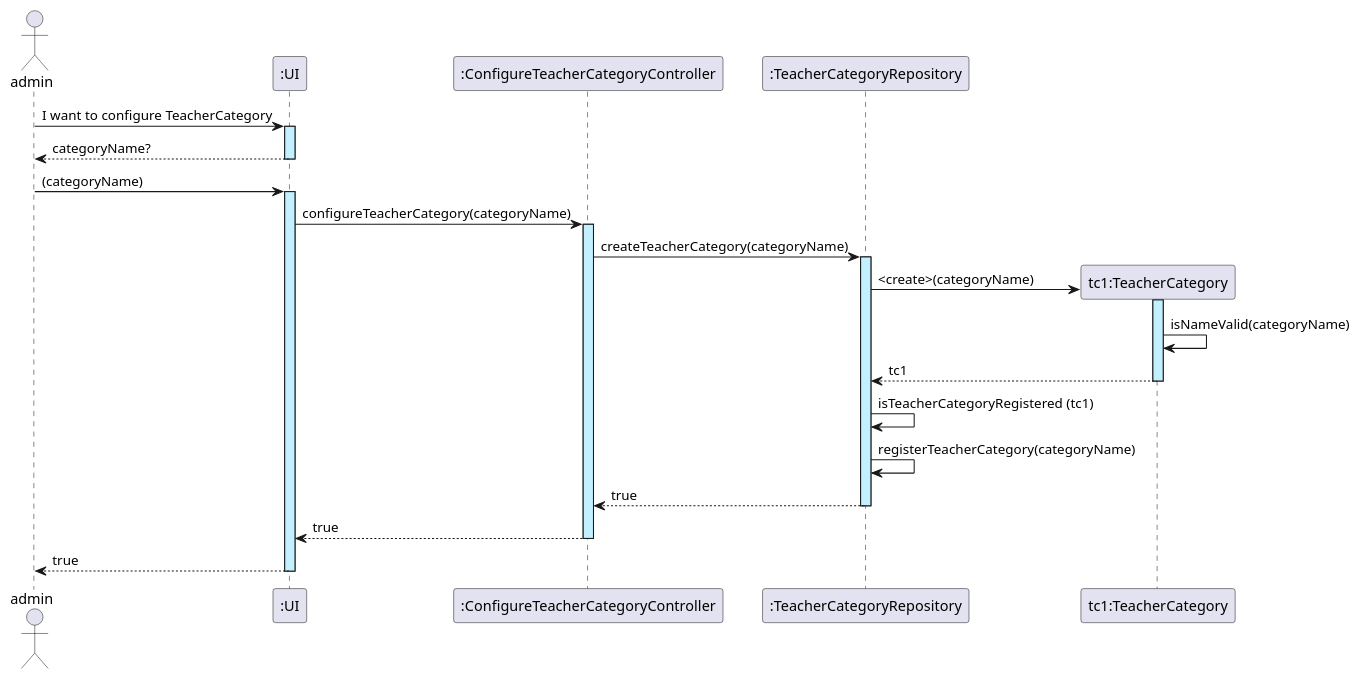
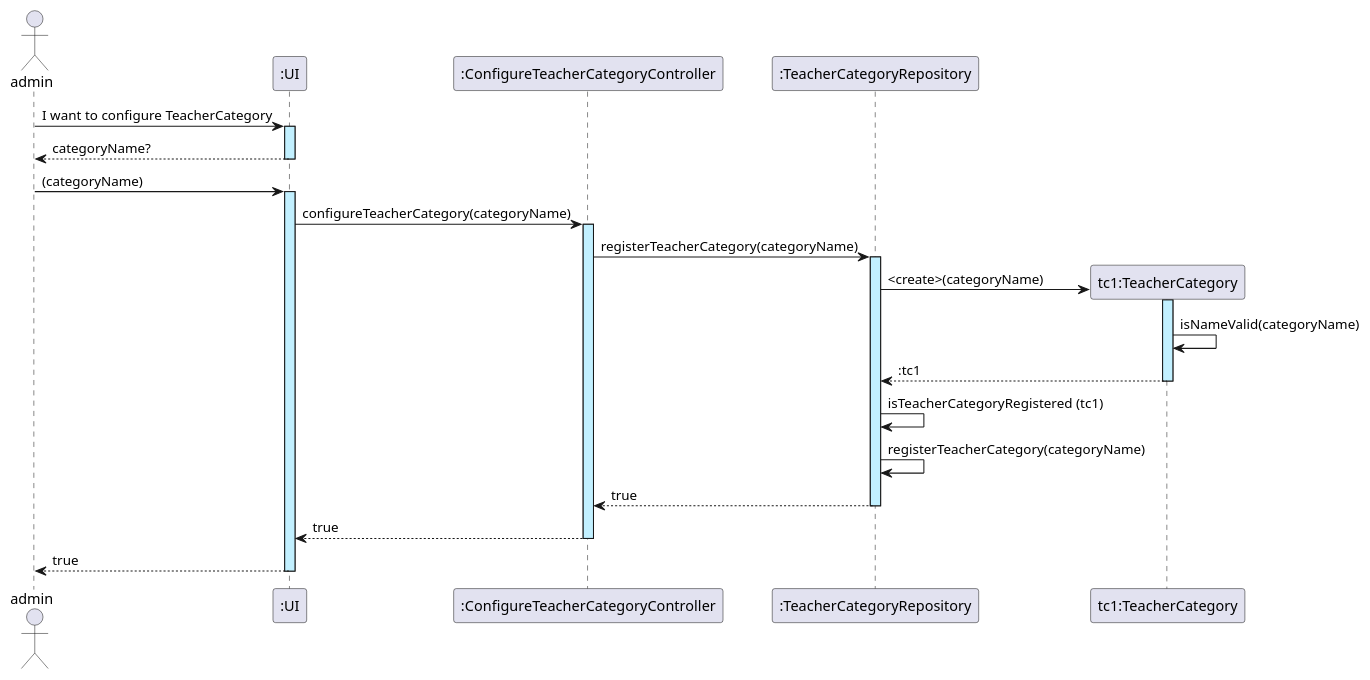
The diagram in docs/sequenceDiagrams/US01/US01_ConfigureTeacherCategoriesInSystem.puml (GasparISEP/DevOps-PAI), drawn with PlantUML before and after one commit. The commit also changed 2 other files, not shown here.

Commit message:
update US01_ConfigureTeachetCategories, class,tests,SD

```diff
--- a/docs/sequenceDiagrams/US01/US01_ConfigureTeacherCategoriesInSystem.puml
+++ b/docs/sequenceDiagrams/US01/US01_ConfigureTeacherCategoriesInSystem.puml
@@ -1,28 +1,28 @@
 @startuml
 actor admin
 
 
 
 admin -> ":UI" as UI ++ #application : I want to configure TeacherCategory
 UI --> admin -- : categoryName?
 
 admin -> UI ++ #application :(categoryName)
 
 
 UI -> ":ConfigureTeacherCategoryController" as ConfigureTeacherCategoryController ++ #application : configureTeacherCategory(categoryName)
 
 participant ":TeacherCategoryRepository" as TeacherCategoryRepository
-ConfigureTeacherCategoryController -> TeacherCategoryRepository ++ #application : createTeacherCategory(categoryName)
+ConfigureTeacherCategoryController -> TeacherCategoryRepository ++ #application : registerTeacherCategory(categoryName)
 
 create "tc1:TeacherCategory" as TeacherCategory
 TeacherCategoryRepository -> TeacherCategory ++ #application : <create>(categoryName)
 TeacherCategory -> TeacherCategory: isNameValid(categoryName)
-TeacherCategory --> TeacherCategoryRepository -- : tc1
+TeacherCategory --> TeacherCategoryRepository -- ::tc1
 TeacherCategoryRepository -> TeacherCategoryRepository : isTeacherCategoryRegistered (tc1)
 TeacherCategoryRepository -> TeacherCategoryRepository : registerTeacherCategory(categoryName)
 
 TeacherCategoryRepository --> ConfigureTeacherCategoryController --: true
 
 ConfigureTeacherCategoryController --> UI --: true
 UI --> admin --: true
 @enduml
```
